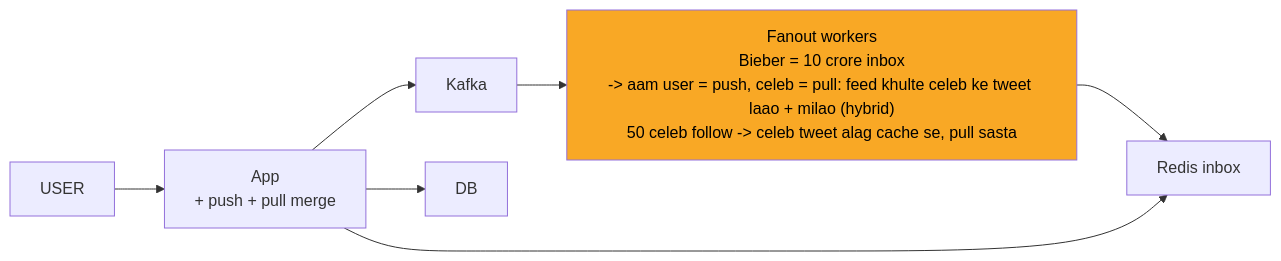
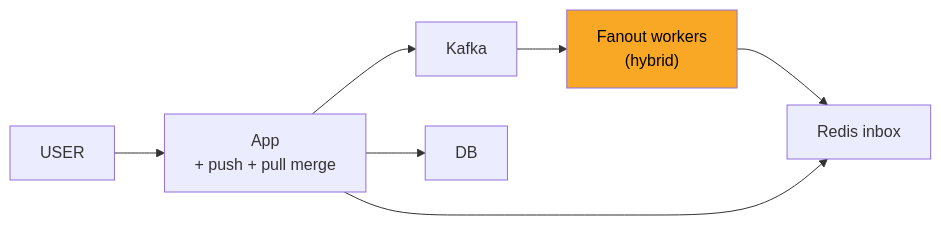
One commit to ArpanMaheshwari144/Prep changed the diagram in 04_HLD/SYSTEM_DESIGNS/03_twitter_feed/img/c3.mmd. Above: the diagram before and after it, drawn with Mermaid. The commit also changed 144 other files, not shown here.

```diff
--- a/04_HLD/SYSTEM_DESIGNS/03_twitter_feed/img/c3.mmd
+++ b/04_HLD/SYSTEM_DESIGNS/03_twitter_feed/img/c3.mmd
@@ -1,15 +1,15 @@
 %%{init: {"flowchart": {"wrappingWidth": 450}}}%%
 flowchart LR
     n_USER["USER"]
     n_App["App<br/>+ push + pull merge"]
     n_Kafka["Kafka"]
-    n_Fanout_workers["Fanout workers<br/>Bieber = 10 crore inbox<br/>-> aam user = push, celeb = pull: feed khulte celeb ke tweet laao + milao (hybrid)<br/>50 celeb follow -> celeb tweet alag cache se, pull sasta"]
+    n_Fanout_workers["Fanout workers<br/>(hybrid)"]
     n_Redis_inbox["Redis inbox"]
     n_DB["DB"]
     n_USER --> n_App
     n_App --> n_Kafka
     n_App --> n_DB
     n_Kafka --> n_Fanout_workers
     n_Fanout_workers --> n_Redis_inbox
     n_App --> n_Redis_inbox
     style n_Fanout_workers fill:#f9a825,color:#000
```
